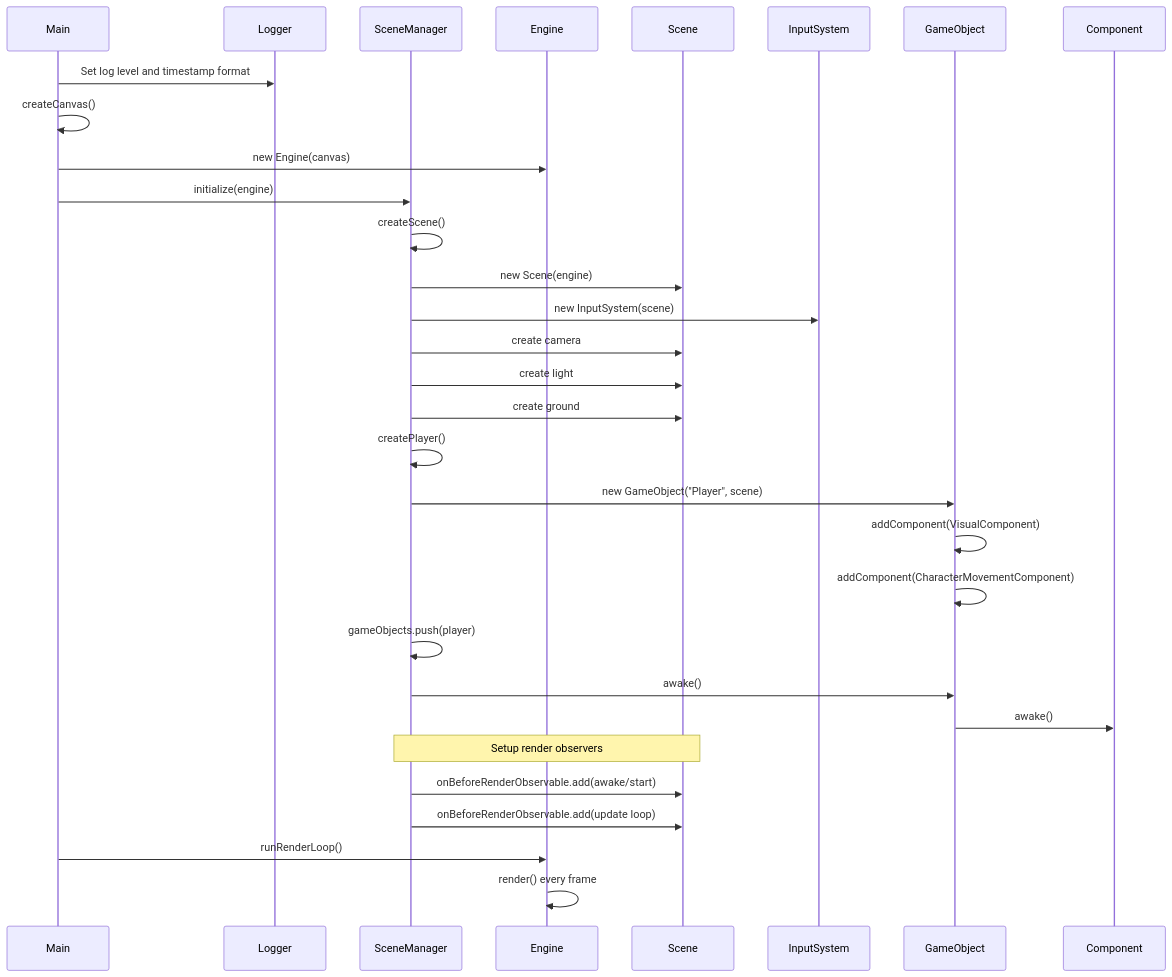
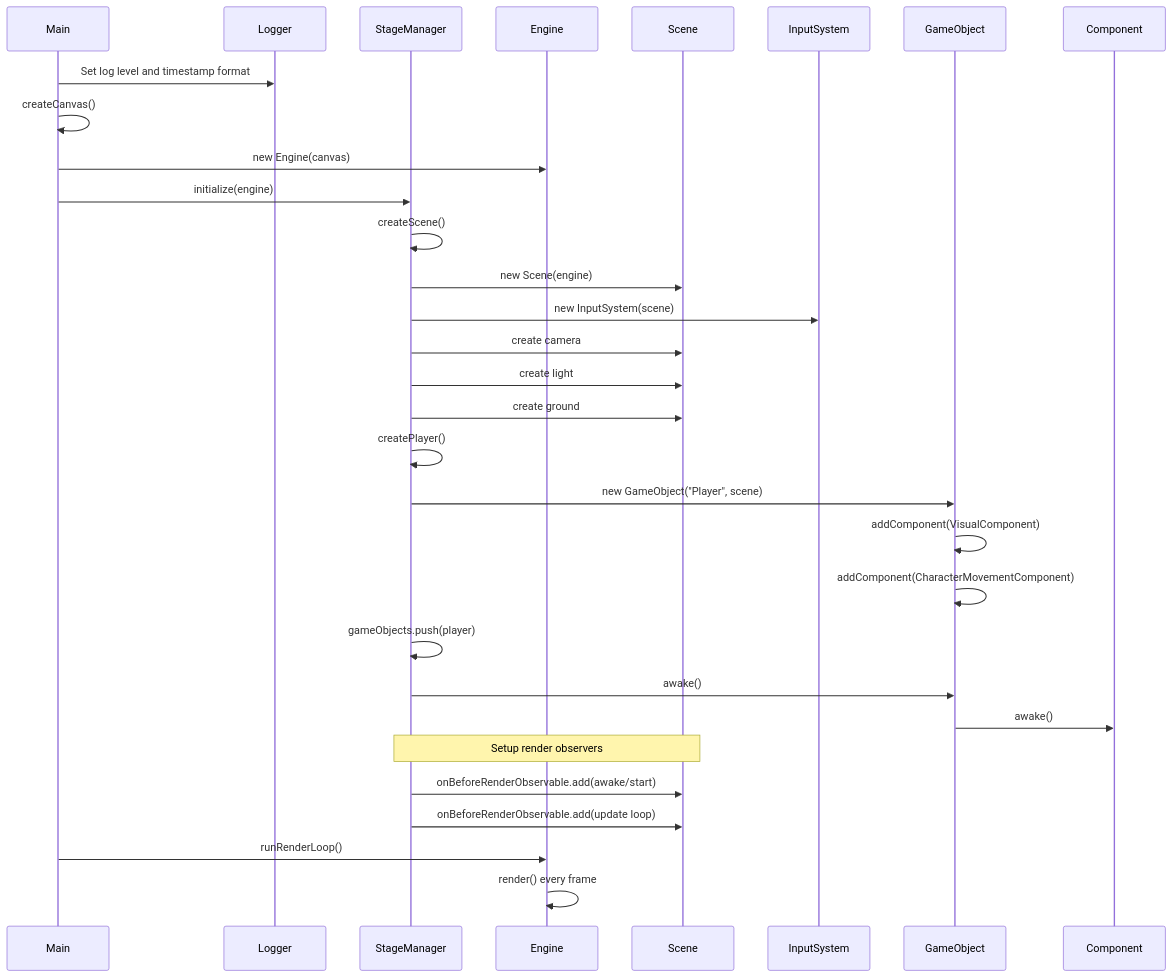
One commit to Corysia/kitchen-chaos changed the second of 4 diagrams in DOCUMENTATION.md. Above: the diagram before and after it, drawn with Mermaid. The commit also changed other lines of this file and 4 other files, not shown here.

Commit message:
Rename SceneManager to StageManager

````diff
--- a/DOCUMENTATION.md
+++ b/DOCUMENTATION.md
@@ -489,39 +489,39 @@
 ```mermaid
 sequenceDiagram
     participant Main
     participant Logger
-    participant SceneManager
+    participant StageManager
     participant Engine
     participant Scene
     participant InputSystem
     participant GameObject
     
     Main->>Logger: Set log level and timestamp format
     Main->>Main: createCanvas()
     Main->>Engine: new Engine(canvas)
-    Main->>SceneManager: initialize(engine)
+    Main->>StageManager: initialize(engine)
     
-    SceneManager->>SceneManager: createScene()
-    SceneManager->>Scene: new Scene(engine)
-    SceneManager->>InputSystem: new InputSystem(scene)
+    StageManager->>StageManager: createScene()
+    StageManager->>Scene: new Scene(engine)
+    StageManager->>InputSystem: new InputSystem(scene)
     
-    SceneManager->>Scene: create camera
-    SceneManager->>Scene: create light
-    SceneManager->>Scene: create ground
+    StageManager->>Scene: create camera
+    StageManager->>Scene: create light
+    StageManager->>Scene: create ground
     
-    SceneManager->>SceneManager: createPlayer()
-    SceneManager->>GameObject: new GameObject("Player", scene)
+    StageManager->>StageManager: createPlayer()
+    StageManager->>GameObject: new GameObject("Player", scene)
     GameObject->>GameObject: addComponent(VisualComponent)
     GameObject->>GameObject: addComponent(CharacterMovementComponent)
-    SceneManager->>SceneManager: gameObjects.push(player)
+    StageManager->>StageManager: gameObjects.push(player)
     
-    SceneManager->>GameObject: awake()
+    StageManager->>GameObject: awake()
     GameObject->>Component: awake()
     
-    Note over SceneManager,Scene: Setup render observers
-    SceneManager->>Scene: onBeforeRenderObservable.add(awake/start)
-    SceneManager->>Scene: onBeforeRenderObservable.add(update loop)
+    Note over StageManager,Scene: Setup render observers
+    StageManager->>Scene: onBeforeRenderObservable.add(awake/start)
+    StageManager->>Scene: onBeforeRenderObservable.add(update loop)
     
     Main->>Engine: runRenderLoop()
     Engine->>Engine: render() every frame
 ```
````
